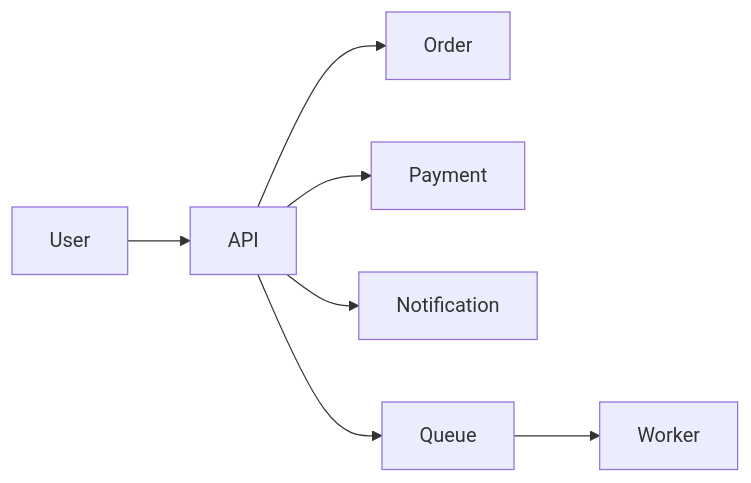
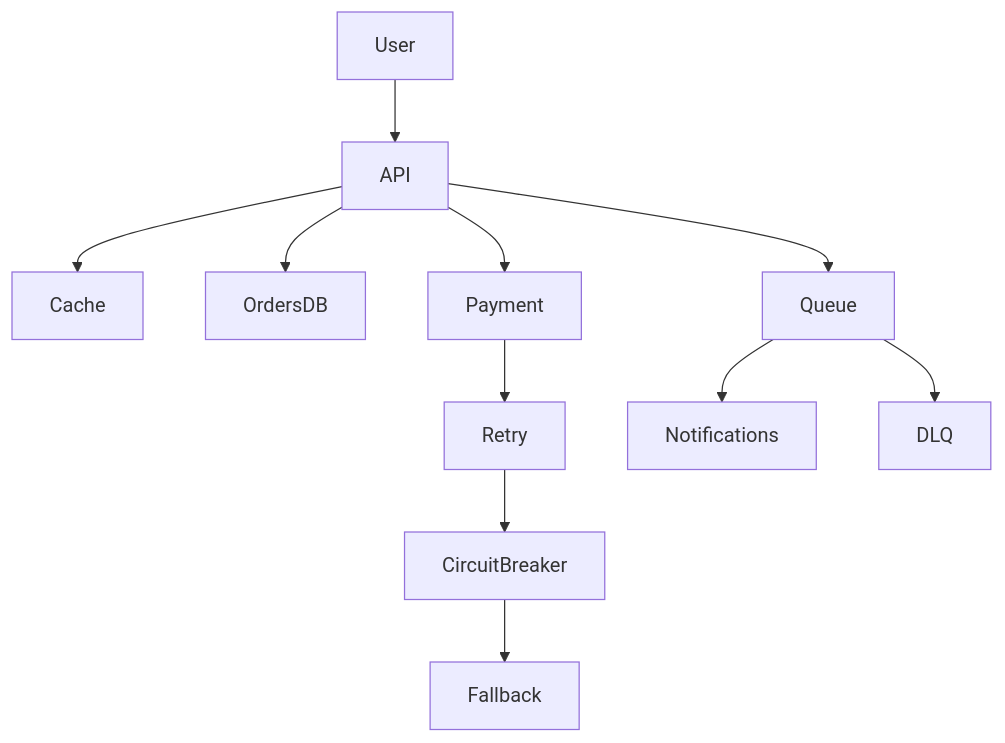
Before and after one commit to dbajajmnk/systemdesign: the tenth of 10 diagrams in systemdesign/8. Reliability and Fault Tolerance/How.md, drawn with Mermaid. The commit also changed other lines of this file and 4 other files, not shown here.

````diff
--- a/systemdesign/8. Reliability and Fault Tolerance/How.md
+++ b/systemdesign/8. Reliability and Fault Tolerance/How.md
@@ -344,10 +385,23 @@
 ```mermaid
-flowchart LR
-    User --> API
-    API --> Order
-    API --> Payment
-    API --> Notification
-    API --> Queue
+flowchart TD
 
-    Queue --> Worker
+User --> API
+
+API --> Cache
+
+API --> OrdersDB
+
+API --> Payment
+
+Payment --> Retry
+
+Retry --> CircuitBreaker
+
+CircuitBreaker --> Fallback
+
+API --> Queue
+
+Queue --> Notifications
+
+Queue --> DLQ
 ```
````
